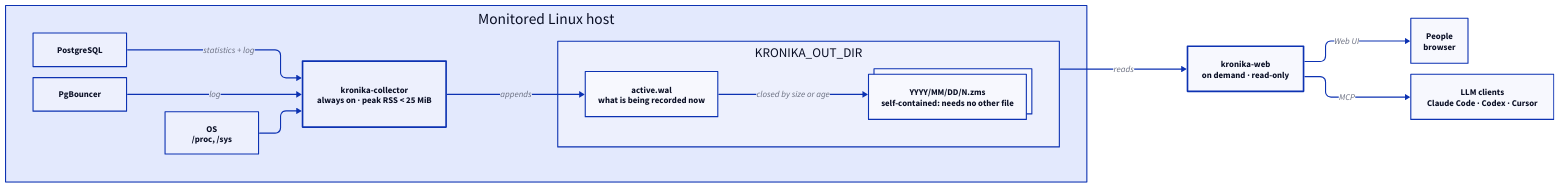
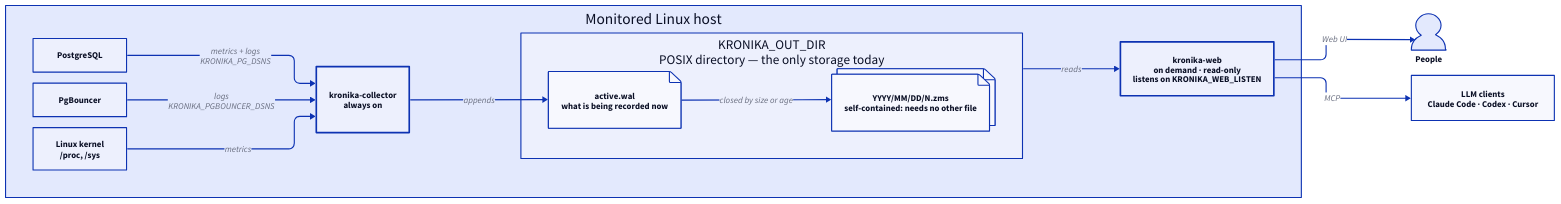
The diagram in docs/diagrams/architecture.d2 (vadv/Kronika), drawn with D2 before and after one commit. The commit also changed 1 other file, not shown here.

Commit message:
docs: redraw the diagram as a deployment and wiring story
An architect pass over the picture: web moves inside the host boundary
because it opens the directory as a filesystem path, the network hop is
now where it really is - clients connecting to KRONIKA_WEB_LISTEN. The
edges carry the variables that create them (KRONIKA_PG_DSNS,
KRONIKA_PGBOUNCER_DSNS), the directory says POSIX is the only storage
today, files are drawn as files and people as a person, and the RSS
number is gone - it is a design commitment, not a deployment fact.

Claude-Session: https://claude.ai/code/session_01PLmQWZzFXFZKMCWR7PAw1n

```diff
--- a/docs/diagrams/architecture.d2
+++ b/docs/diagrams/architecture.d2
@@ -1,45 +1,50 @@
 # Kronika architecture. Regenerate the committed SVG with `make diagrams`.
 
 vars: {
   d2-config: {
     layout-engine: elk
   }
 }
 
 direction: right
 
 host: Monitored Linux host {
   pg: PostgreSQL {width: 170}
   pgb: PgBouncer {width: 170}
-  os: OS\n/proc, /sys {width: 170}
+  os: Linux kernel\n/proc, /sys {width: 170}
 
-  collector: kronika-collector\nalways on · peak RSS < 25 MiB {
+  collector: kronika-collector\nalways on {
     style.stroke-width: 3
   }
 
-  pg -> collector: statistics + log
-  pgb -> collector: log
-  os -> collector
+  pg -> collector: metrics + logs\nKRONIKA_PG_DSNS
+  pgb -> collector: logs\nKRONIKA_PGBOUNCER_DSNS
+  os -> collector: metrics
 
-  dir: KRONIKA_OUT_DIR {
-    wal: active.wal\nwhat is being recorded now
+  dir: KRONIKA_OUT_DIR\nPOSIX directory — the only storage today {
+    wal: active.wal\nwhat is being recorded now {
+      shape: page
+    }
     seg: YYYY/MM/DD/N.zms\nself-contained: needs no other file {
+      shape: page
       style.multiple: true
     }
     wal -> seg: closed by size or age
   }
 
   collector -> dir.wal: appends
+
+  web: kronika-web\non demand · read-only\nlistens on KRONIKA_WEB_LISTEN {
+    style.stroke-width: 3
+  }
+
+  dir -> web: reads
 }
 
-web: kronika-web\non demand · read-only {
-  style.stroke-width: 3
+people: People {
+  shape: person
 }
-
-host.dir -> web: reads
-
-people: People\nbrowser
 llm: LLM clients\nClaude Code · Codex · Cursor
 
-web -> people: Web UI
-web -> llm: MCP
+host.web -> people: Web UI
+host.web -> llm: MCP
```
